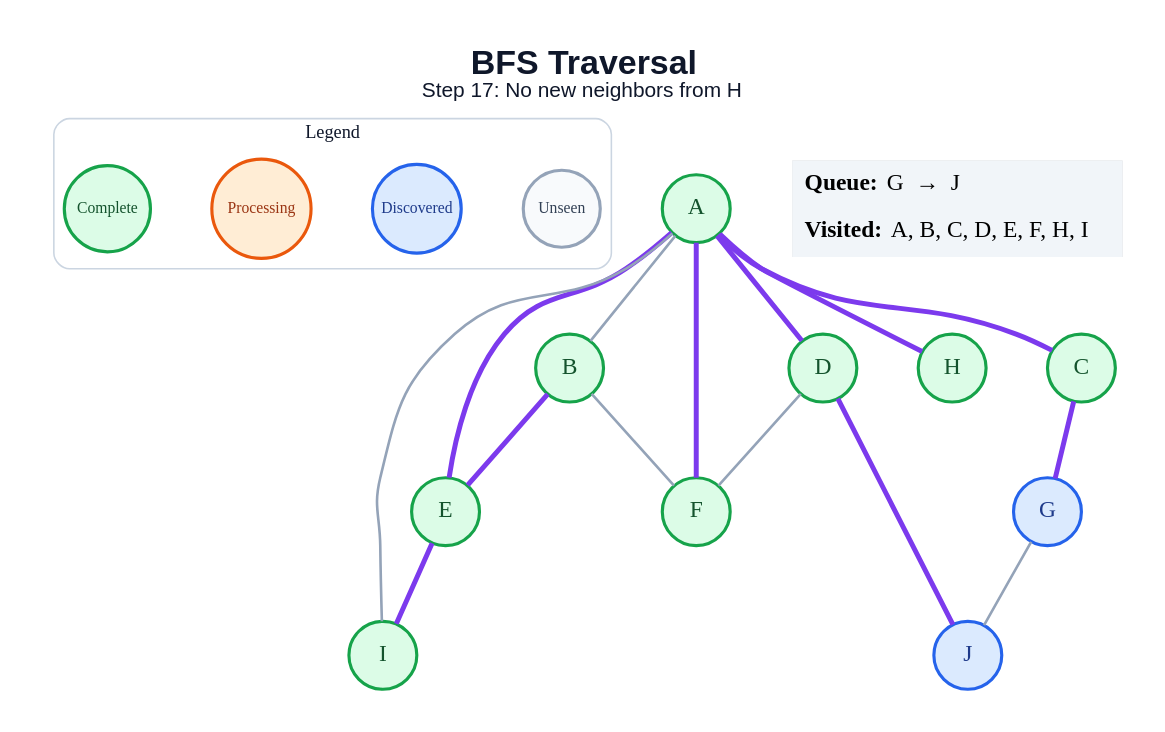
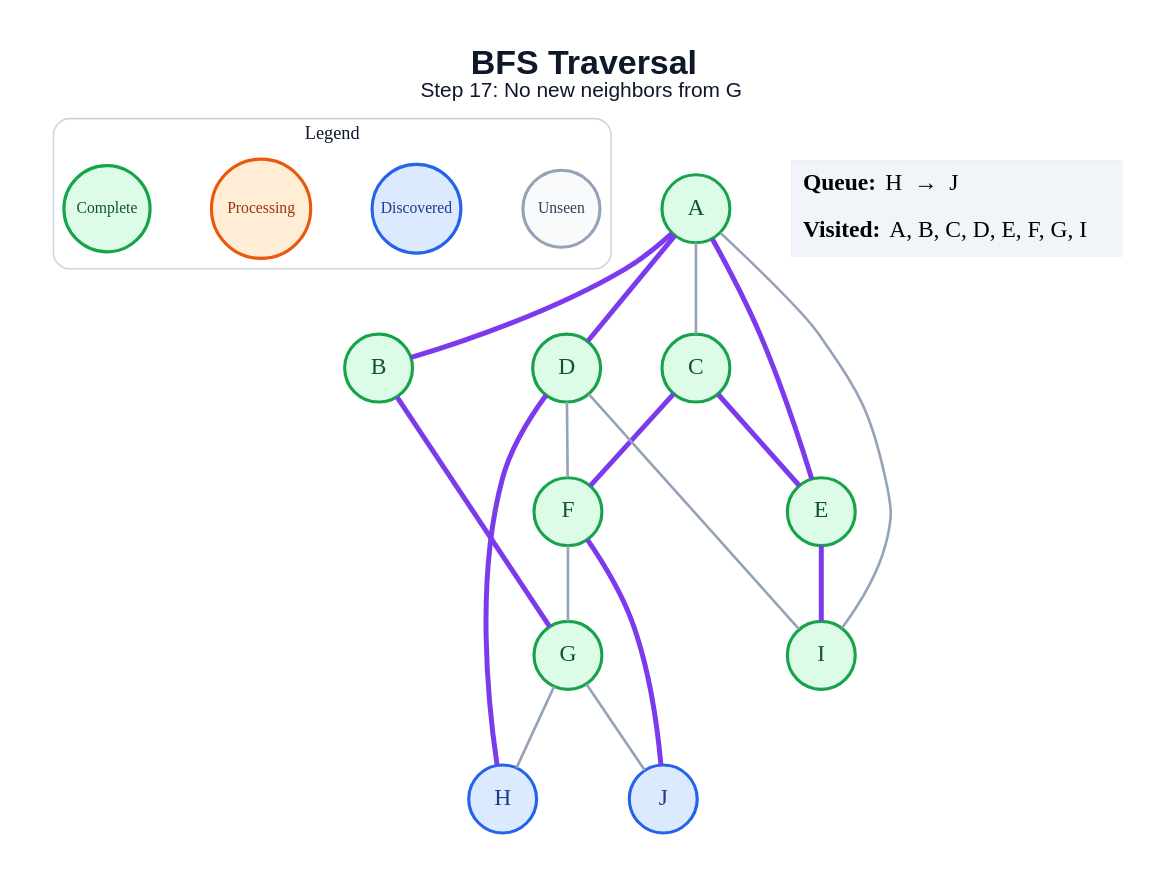
One commit to amanghodawala9/ai-slop changed the diagram in generated/specific-node/bfs/step_17.dot. Above: the diagram before and after it, drawn with Graphviz. The commit also changed 178 other files, not shown here.

```diff
--- a/generated/specific-node/bfs/step_17.dot
+++ b/generated/specific-node/bfs/step_17.dot
@@ -1,43 +1,45 @@
 graph traversal {
   graph [layout=dot, rankdir=TB, bgcolor="#FFFFFF", pad="0.35", nodesep="0.65", ranksep="0.8", fontname="Arial"];
   node [shape=circle, style="filled", fontname="Arial Bold", fontsize=18, width=0.72, fixedsize=true, penwidth=2.4];
   edge [color="#94A3B8", penwidth=2.0];
-  label=<<B>BFS Traversal</B><BR/><FONT POINT-SIZE="16">Step 17: No new neighbors from H</FONT>>; labelloc="t"; fontsize=26; fontname="Arial"; fontcolor="#0F172A";
+  label=<<B>BFS Traversal</B><BR/><FONT POINT-SIZE="16">Step 17: No new neighbors from G</FONT>>; labelloc="t"; fontsize=26; fontname="Arial"; fontcolor="#0F172A";
   subgraph cluster_legend { label="Legend"; color="#CBD5E1"; penwidth=1.2; style="rounded"; fontsize=14; fontname="Arial Bold";
     key_unseen [label="Unseen", fillcolor="#F8FAFC", color="#94A3B8", fontcolor="#334155", fontsize=12, width=0.82];
     key_frontier [label="Discovered", fillcolor="#DBEAFE", color="#2563EB", fontcolor="#1E3A8A", fontsize=12, width=0.95];
     key_current [label="Processing", fillcolor="#FFEDD5", color="#EA580C", fontcolor="#9A3412", fontsize=12, width=1.05];
     key_done [label="Complete", fillcolor="#DCFCE7", color="#16A34A", fontcolor="#14532D", fontsize=12, width=0.92];
     { rank=same; key_unseen; key_frontier; key_current; key_done; }
   }
   A [fillcolor="#DCFCE7", color="#16A34A", fontcolor="#14532D"];
   B [fillcolor="#DCFCE7", color="#16A34A", fontcolor="#14532D"];
   C [fillcolor="#DCFCE7", color="#16A34A", fontcolor="#14532D"];
   D [fillcolor="#DCFCE7", color="#16A34A", fontcolor="#14532D"];
   E [fillcolor="#DCFCE7", color="#16A34A", fontcolor="#14532D"];
   F [fillcolor="#DCFCE7", color="#16A34A", fontcolor="#14532D"];
-  G [fillcolor="#DBEAFE", color="#2563EB", fontcolor="#1E3A8A"];
-  H [fillcolor="#DCFCE7", color="#16A34A", fontcolor="#14532D"];
+  G [fillcolor="#DCFCE7", color="#16A34A", fontcolor="#14532D"];
+  H [fillcolor="#DBEAFE", color="#2563EB", fontcolor="#1E3A8A"];
   I [fillcolor="#DCFCE7", color="#16A34A", fontcolor="#14532D"];
   J [fillcolor="#DBEAFE", color="#2563EB", fontcolor="#1E3A8A"];
-  A -- B;
-  A -- C [color="#7C3AED", penwidth=3.8];
+  A -- B [color="#7C3AED", penwidth=3.8];
+  A -- C;
   A -- D [color="#7C3AED", penwidth=3.8];
   A -- E [color="#7C3AED", penwidth=3.8];
-  A -- F [color="#7C3AED", penwidth=3.8];
-  A -- H [color="#7C3AED", penwidth=3.8];
   A -- I;
-  B -- E [color="#7C3AED", penwidth=3.8];
-  B -- F;
-  C -- G [color="#7C3AED", penwidth=3.8];
+  B -- G [color="#7C3AED", penwidth=3.8];
+  C -- E [color="#7C3AED", penwidth=3.8];
+  C -- F [color="#7C3AED", penwidth=3.8];
   D -- F;
-  D -- J [color="#7C3AED", penwidth=3.8];
+  D -- H [color="#7C3AED", penwidth=3.8];
+  D -- I;
   E -- I [color="#7C3AED", penwidth=3.8];
+  F -- G;
+  F -- J [color="#7C3AED", penwidth=3.8];
+  G -- H;
   G -- J;
   status [shape=plain, fixedsize=false, width=0, height=0, margin=0, label=<
     <TABLE BORDER="0" CELLBORDER="0" CELLPADDING="7" BGCOLOR="#F1F5F9">
-      <TR><TD ALIGN="LEFT"><B>Queue:</B> G  →  J</TD></TR>
-      <TR><TD ALIGN="LEFT"><B>Visited:</B> A, B, C, D, E, F, H, I</TD></TR>
+      <TR><TD ALIGN="LEFT"><B>Queue:</B> H  →  J</TD></TR>
+      <TR><TD ALIGN="LEFT"><B>Visited:</B> A, B, C, D, E, F, G, I</TD></TR>
     </TABLE>
   >];
 }
```
